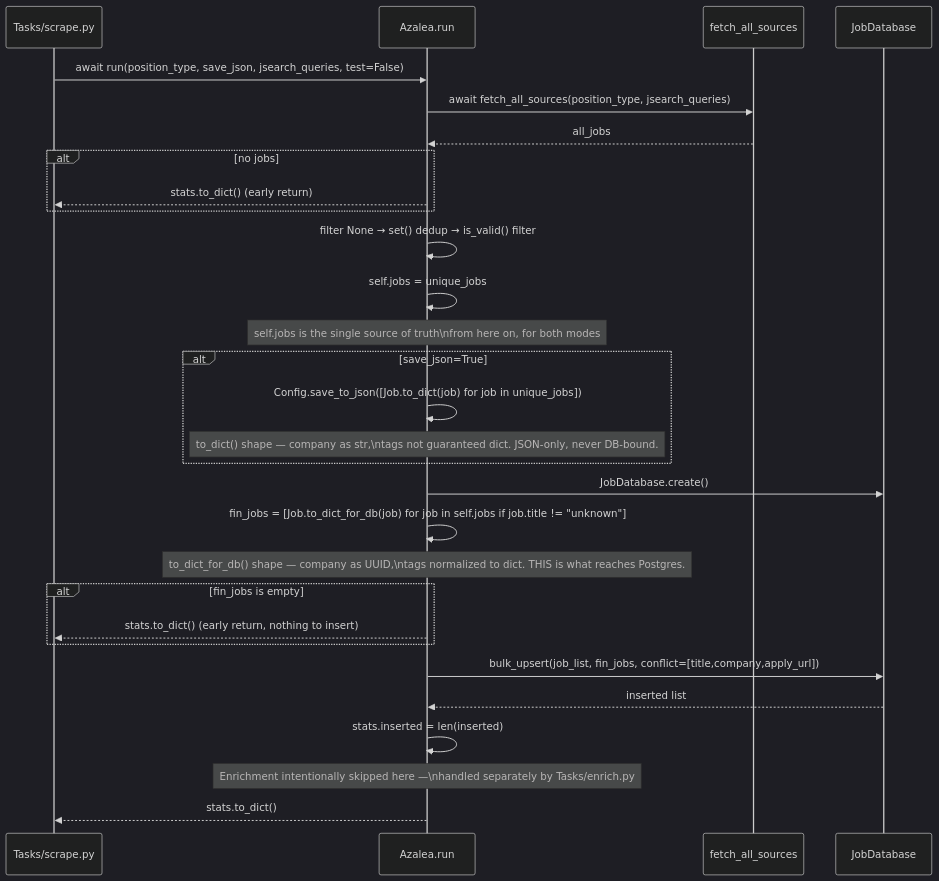
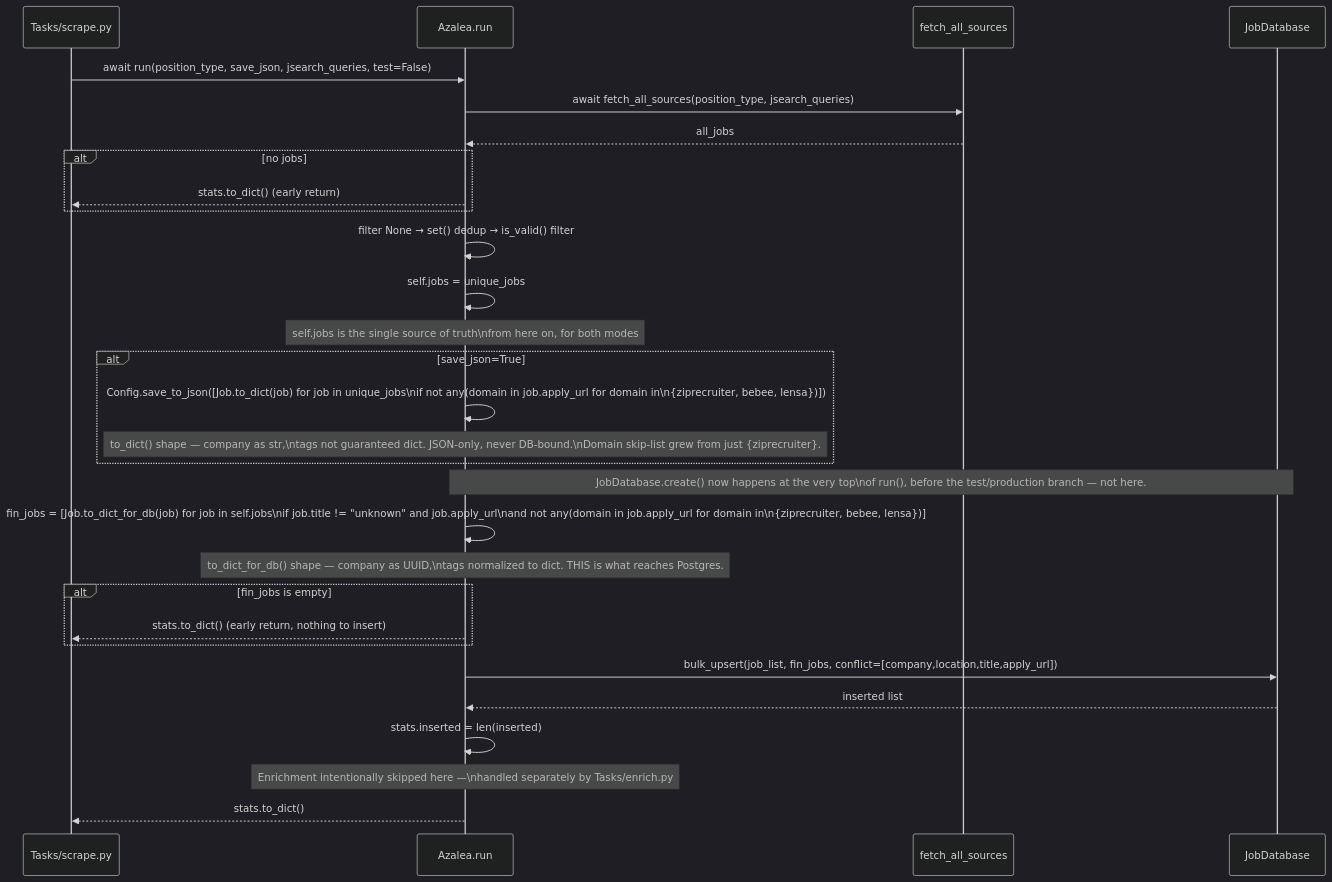
The fourth of 5 diagrams in docs/diagrams/azalea_seq.md (AustinDwomoh/libra), drawn with Mermaid (dark theme) before and after one commit. The commit also changed other lines of this file and 26 other files, not shown here.

````diff
--- a/docs/diagrams/azalea_seq.md
+++ b/docs/diagrams/azalea_seq.md
@@ -94,46 +93,46 @@
 ```mermaid
 %% sequenceDiagram — run() PRODUCTION mode (test=False): fetch → dedup → JSON → DB
 %% This is the actual, intended behavior of run() when called normally
 %% (e.g. from Tasks/scrape.py). Enrichment does NOT happen here by design —
 %% see Tasks/enrich.py / the separate GitHub Actions "enrich" job instead.
 sequenceDiagram
     participant Entry as Tasks/scrape.py
     participant Az as Azalea.run
     participant FA as fetch_all_sources
     participant DB as JobDatabase
 
     Entry->>Az: await run(position_type, save_json, jsearch_queries, test=False)
 
     Az->>FA: await fetch_all_sources(position_type, jsearch_queries)
     FA-->>Az: all_jobs
 
     alt no jobs
         Az-->>Entry: stats.to_dict() (early return)
     end
 
     Az->>Az: filter None → set() dedup → is_valid() filter
     Az->>Az: self.jobs = unique_jobs
     Note over Az: self.jobs is the single source of truth\nfrom here on, for both modes
 
     alt save_json=True
-        Az->>Az: Config.save_to_json([Job.to_dict(job) for job in unique_jobs])
-        Note over Az: to_dict() shape — company as str,\ntags not guaranteed dict. JSON-only, never DB-bound.
+        Az->>Az: Config.save_to_json([Job.to_dict(job) for job in unique_jobs\nif not any(domain in job.apply_url for domain in\n{ziprecruiter, bebee, lensa})])
+        Note over Az: to_dict() shape — company as str,\ntags not guaranteed dict. JSON-only, never DB-bound.\nDomain skip-list grew from just {ziprecruiter}.
     end
 
-    Az->>DB: JobDatabase.create()
-    Az->>Az: fin_jobs = [Job.to_dict_for_db(job) for job in self.jobs if job.title != "unknown"]
+    Note over Az,DB: JobDatabase.create() now happens at the very top\nof run(), before the test/production branch — not here.
+    Az->>Az: fin_jobs = [Job.to_dict_for_db(job) for job in self.jobs\nif job.title != "unknown" and job.apply_url\nand not any(domain in job.apply_url for domain in\n{ziprecruiter, bebee, lensa})]
     Note over Az: to_dict_for_db() shape — company as UUID,\ntags normalized to dict. THIS is what reaches Postgres.
 
     alt fin_jobs is empty
         Az-->>Entry: stats.to_dict() (early return, nothing to insert)
     end
 
-    Az->>DB: bulk_upsert(job_list, fin_jobs, conflict=[title,company,apply_url])
+    Az->>DB: bulk_upsert(job_list, fin_jobs, conflict=[company,location,title,apply_url])
     DB-->>Az: inserted list
     Az->>Az: stats.inserted = len(inserted)
 
     Note over Az: Enrichment intentionally skipped here —\nhandled separately by Tasks/enrich.py
 
     Az-->>Entry: stats.to_dict()
 
 ```
````
